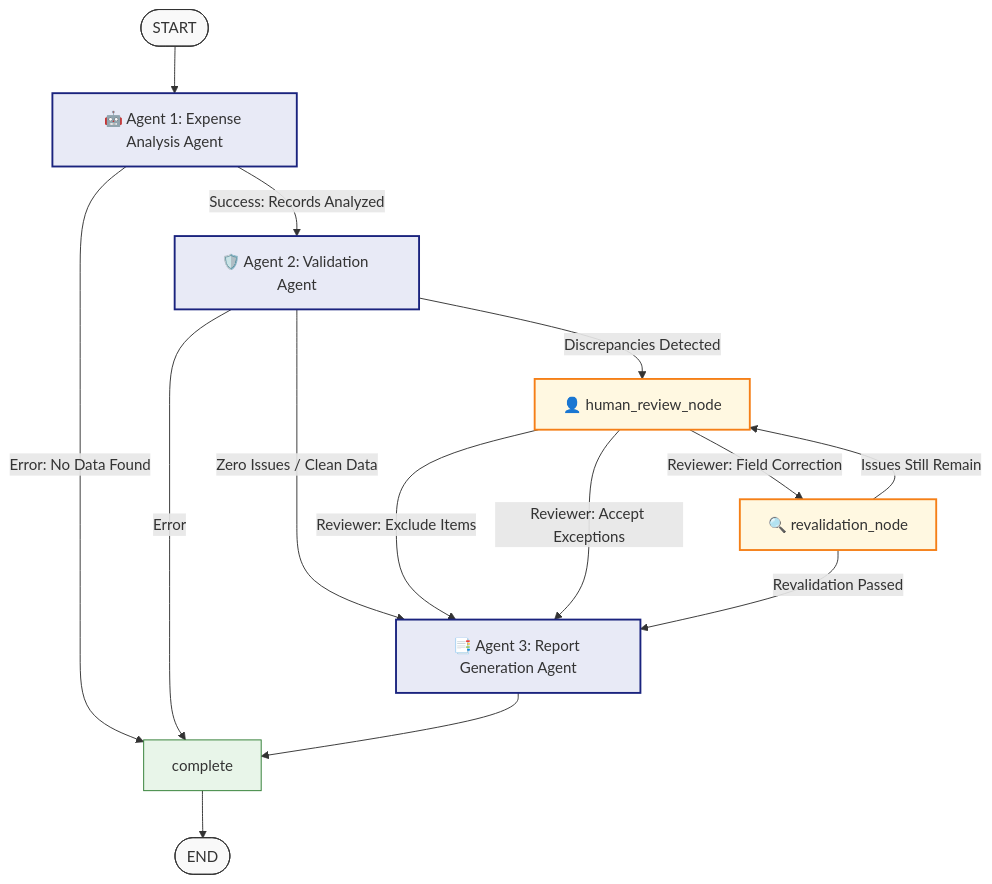
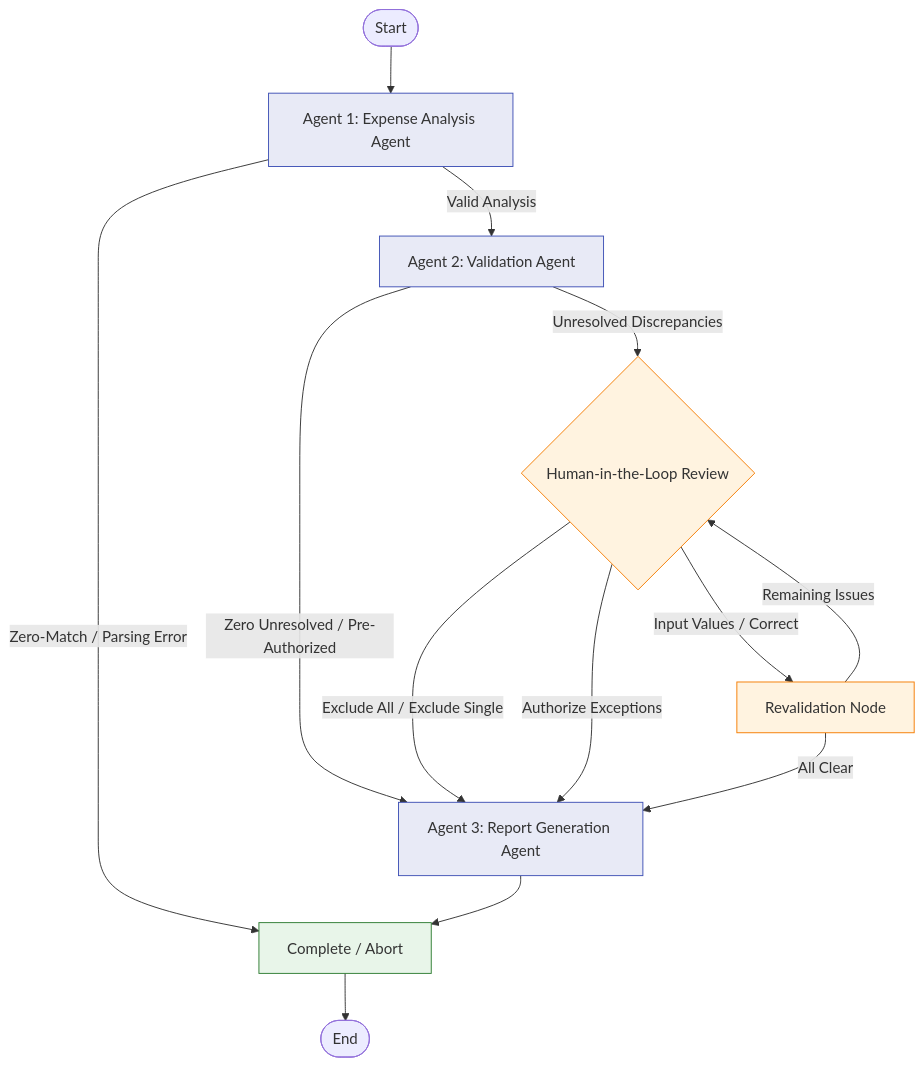
The diagram in PROJECT_INFO.md (phadshubham/AI-Agent-Expense-Report), drawn with Mermaid before and after one commit. The commit also changed other lines of this file and 65 other files, not shown here.

````diff
--- a/PROJECT_INFO.md
+++ b/PROJECT_INFO.md
@@ -101,29 +116,26 @@
 ```mermaid
-graph TD
-    START([START]) --> AGENT1[🤖 Agent 1: Expense Analysis Agent]
+flowchart TD
+    START([Start]) --> AGENT1[Agent 1: Expense Analysis Agent]
+    AGENT1 -->|Zero-Match / Parsing Error| COMPLETE[Complete / Abort]
+    AGENT1 -->|Valid Analysis| AGENT2[Agent 2: Validation Agent]
     
-    AGENT1 -->|Error: No Data Found| COMPLETE[complete]
-    AGENT1 -->|Success: Records Analyzed| AGENT2[🛡️ Agent 2: Validation Agent]
+    AGENT2 -->|Unresolved Discrepancies| HITL{Human-in-the-Loop Review}
+    AGENT2 -->|Zero Unresolved / Pre-Authorized| AGENT3[Agent 3: Report Generation Agent]
     
-    AGENT2 -->|Zero Issues / Clean Data| AGENT3[📑 Agent 3: Report Generation Agent]
-    AGENT2 -->|Discrepancies Detected| HITL[👤 human_review_node]
-    AGENT2 -->|Error| COMPLETE
+    HITL -->|Exclude All / Exclude Single| AGENT3
+    HITL -->|Authorize Exceptions| AGENT3
+    HITL -->|Input Values / Correct| REVAL[Revalidation Node]
     
-    HITL -->|Reviewer: Exclude Items| AGENT3
-    HITL -->|Reviewer: Accept Exceptions| AGENT3
-    HITL -->|Reviewer: Field Correction| REVAL[🔍 revalidation_node]
-    
-    REVAL -->|Revalidation Passed| AGENT3
-    REVAL -->|Issues Still Remain| HITL
+    REVAL -->|Remaining Issues| HITL
+    REVAL -->|All Clear| AGENT3
     
     AGENT3 --> COMPLETE
-    COMPLETE --> END([END])
-    
-    classDef default fill:#f9f9f9,stroke:#333,stroke-width:1px;
-    classDef agent fill:#e8eaf6,stroke:#1a237e,stroke-width:2px;
-    classDef hitl fill:#fff8e1,stroke:#f57f17,stroke-width:2px;
+    COMPLETE --> END_NODE([End])
+
+    classDef agent fill:#e8eaf6,stroke:#3f51b5,stroke-width:1px;
+    classDef hitl fill:#fff3e0,stroke:#f57c00,stroke-width:1px;
     classDef finish fill:#e8f5e9,stroke:#2e7d32,stroke-width:1px;
     class AGENT1,AGENT2,AGENT3 agent;
     class HITL,REVAL hitl;
     class COMPLETE finish;
 ```
````
